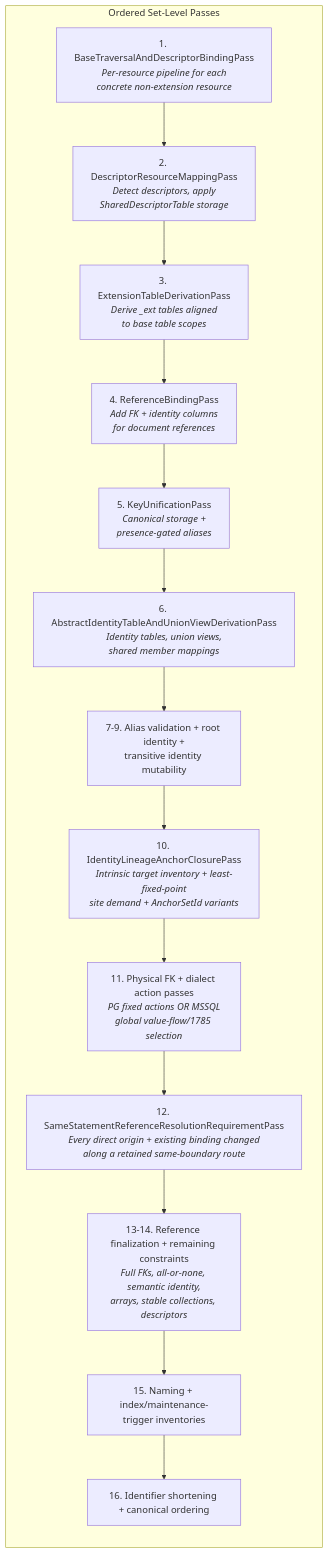
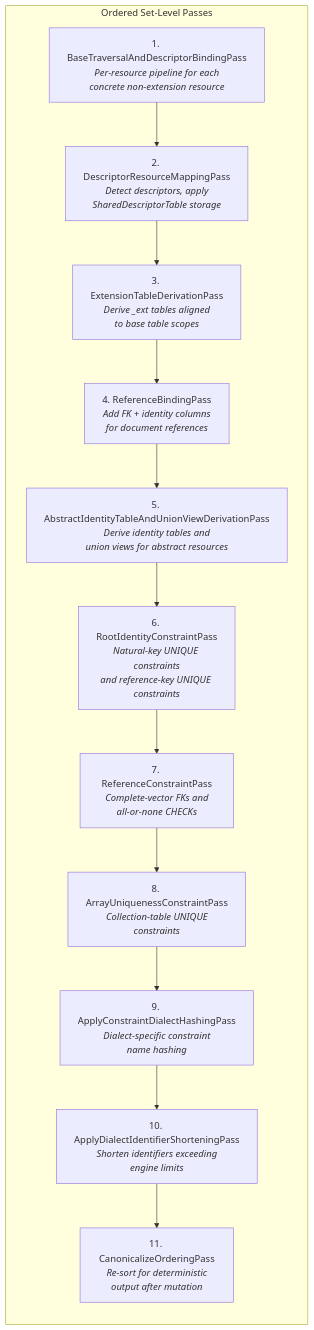
Diagram 11 of 16 in reference/design/backend-redesign/presentations/relational-model-presentation.md (Ed-Fi-Alliance-OSS/Data-Management-Service), drawn with Mermaid before and after one commit. The commit also changed other lines of this file and 59 other files, not shown here.

````diff
--- a/reference/design/backend-redesign/presentations/relational-model-presentation.md
+++ b/reference/design/backend-redesign/presentations/relational-model-presentation.md
@@ -645,33 +516,29 @@
 ```mermaid
 flowchart TD
     subgraph Passes["Ordered Set-Level Passes"]
         direction TB
         P1["1. BaseTraversalAndDescriptorBindingPass<br/><i>Per-resource pipeline for each<br/>concrete non-extension resource</i>"]
 
         P2["2. DescriptorResourceMappingPass<br/><i>Detect descriptors, apply<br/>SharedDescriptorTable storage</i>"]
 
         P3["3. ExtensionTableDerivationPass<br/><i>Derive _ext tables aligned<br/>to base table scopes</i>"]
 
         P4["4. ReferenceBindingPass<br/><i>Add FK + identity columns<br/>for document references</i>"]
 
-        P5["5. KeyUnificationPass<br/><i>Canonical storage +<br/>presence-gated aliases</i>"]
+        P5["5. AbstractIdentityTableAndUnionViewDerivationPass<br/><i>Derive identity tables and<br/>union views for abstract resources</i>"]
 
-        P6["6. AbstractIdentityTableAndUnionViewDerivationPass<br/><i>Identity tables, union views,<br/>shared member mappings</i>"]
+        P6["6. RootIdentityConstraintPass<br/><i>Natural-key UNIQUE constraints<br/>and reference-key UNIQUE constraints</i>"]
 
-        P7["7-9. Alias validation + root identity +<br/>transitive identity mutability"]
+        P7["7. ReferenceConstraintPass<br/><i>Complete-vector FKs and<br/>all-or-none CHECKs</i>"]
 
-        P8["10. IdentityLineageAnchorClosurePass<br/><i>Intrinsic target inventory + least-fixed-point<br/>site demand + AnchorSetId variants</i>"]
+        P8["8. ArrayUniquenessConstraintPass<br/><i>Collection-table UNIQUE<br/>constraints</i>"]
 
-        P9["11. Physical FK + dialect action passes<br/><i>PG fixed actions OR MSSQL<br/>global value-flow/1785 selection</i>"]
+        P9["9. ApplyConstraintDialectHashingPass<br/><i>Dialect-specific constraint<br/>name hashing</i>"]
 
-        P10["12. SameStatementReferenceResolutionRequirementPass<br/><i>Every direct origin + existing binding changed<br/>along a retained same-boundary route</i>"]
+        P10["10. ApplyDialectIdentifierShorteningPass<br/><i>Shorten identifiers exceeding<br/>engine limits</i>"]
 
-        P11["13-14. Reference finalization + remaining constraints<br/><i>Full FKs, all-or-none, semantic identity,<br/>arrays, stable collections, descriptors</i>"]
+        P11["11. CanonicalizeOrderingPass<br/><i>Re-sort for deterministic<br/>output after mutation</i>"]
 
-        P12["15. Naming + index/maintenance-trigger inventories"]
-
-        P13["16. Identifier shortening + canonical ordering"]
-
-        P1 --> P2 --> P3 --> P4 --> P5 --> P6 --> P7 --> P8 --> P9 --> P10 --> P11 --> P12 --> P13
+        P1 --> P2 --> P3 --> P4 --> P5 --> P6 --> P7 --> P8 --> P9 --> P10 --> P11
     end
 ```
````
